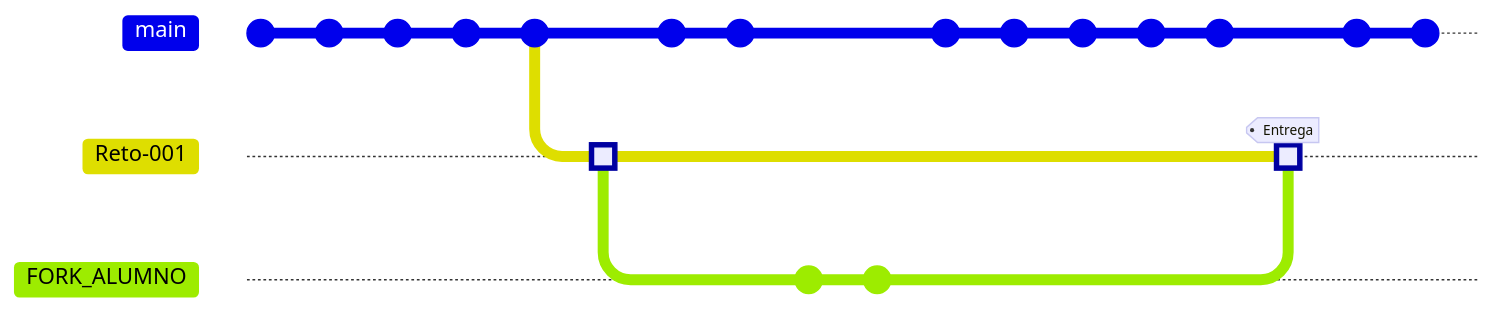
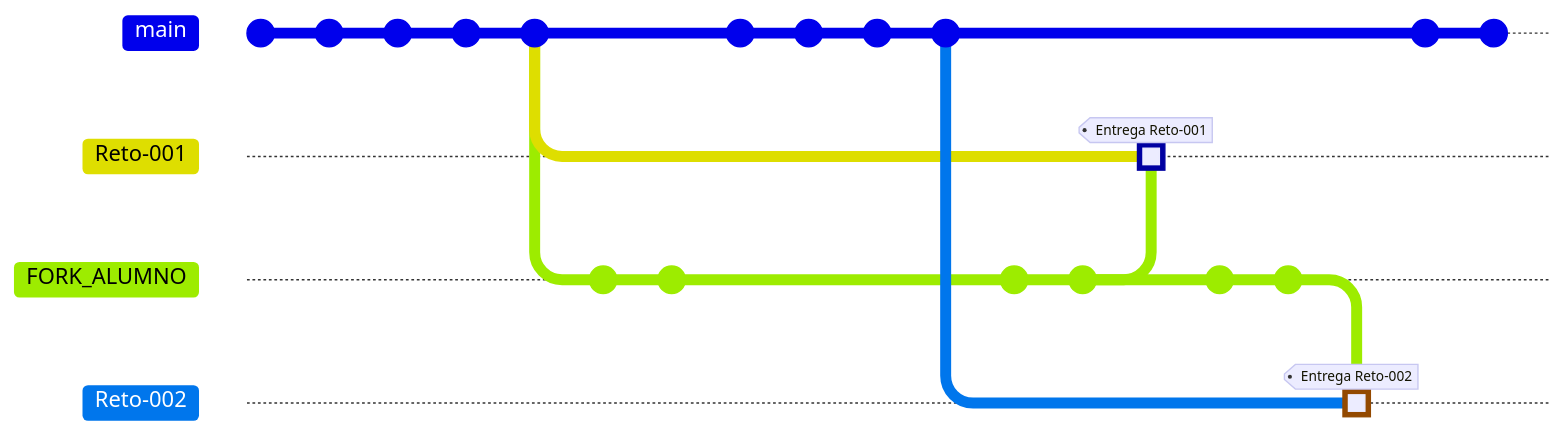
The diagram in retos/README.md (mmasias/23-24-prg1), drawn with Mermaid before and after one commit. The commit also changed other lines of this file, not shown here. Commit ids are hidden.

Commit message:
Proceso de creación...

````diff
--- a/retos/README.md
+++ b/retos/README.md
@@ -22,28 +21,31 @@
 ```mermaid
-gitGraph
-       commit id: "Contenido 1"
-       commit id: "Contenido 2"
-       commit id: "Contenido 3"
-       commit id: "Contenido 4"
-       commit id: "Contenido 5"
-       branch Reto-001
-       commit id: "Contenido 5@Reto001" type:HIGHLIGHT
-       checkout main
-       commit id: "Contenido 6"
-       commit id: "Contenido 7"
-       checkout Reto-001
-       branch FORK_ALUMNO
-       commit id: "Contenido 5@RepoAlumno"
-       commit id: "AvanceAlumno"
-       checkout main
-       commit id: "Contenido 8"
-       commit id: "Contenido 9"
-       commit id: "Contenido 10"
-       commit
-       commit
-       checkout Reto-001
-       merge FORK_ALUMNO type:HIGHLIGHT tag:"Entrega"
-       checkout main
-       commit id: "Contenido 11"
-       commit id: "Contenido 12"
+    gitGraph
+    commit id: "Contenido 1"
+    commit id: "Contenido 2"
+    commit id: "Contenido 3"
+    commit id: "Contenido 4"
+    commit id: "Contenido 5"
+    branch Reto-001
+    branch FORK_ALUMNO
+    commit id: "Contenido 5@RepoAlumno"
+    commit id: "AvanceAlumno"
+    checkout main
+    commit id: "Contenido 8"
+    commit id: "Contenido 9"
+    commit id: "Contenido 10"
+    commit
+    branch Reto-002
+    checkout FORK_ALUMNO
+    commit id: "AvanceAlumno+"
+    commit id: "AvanceAlumno++"
+    checkout Reto-001
+    merge FORK_ALUMNO type:HIGHLIGHT tag:"Entrega Reto-001"
+    checkout FORK_ALUMNO
+    commit id: "AvanceAlumno+++"
+    commit id: "AvanceAlumno++++"
+    checkout Reto-002
+    merge FORK_ALUMNO type:HIGHLIGHT tag:"Entrega Reto-002"
+    checkout main
+    commit id: "Contenido 11"
+    commit id: "Contenido 12"
 ```
````
